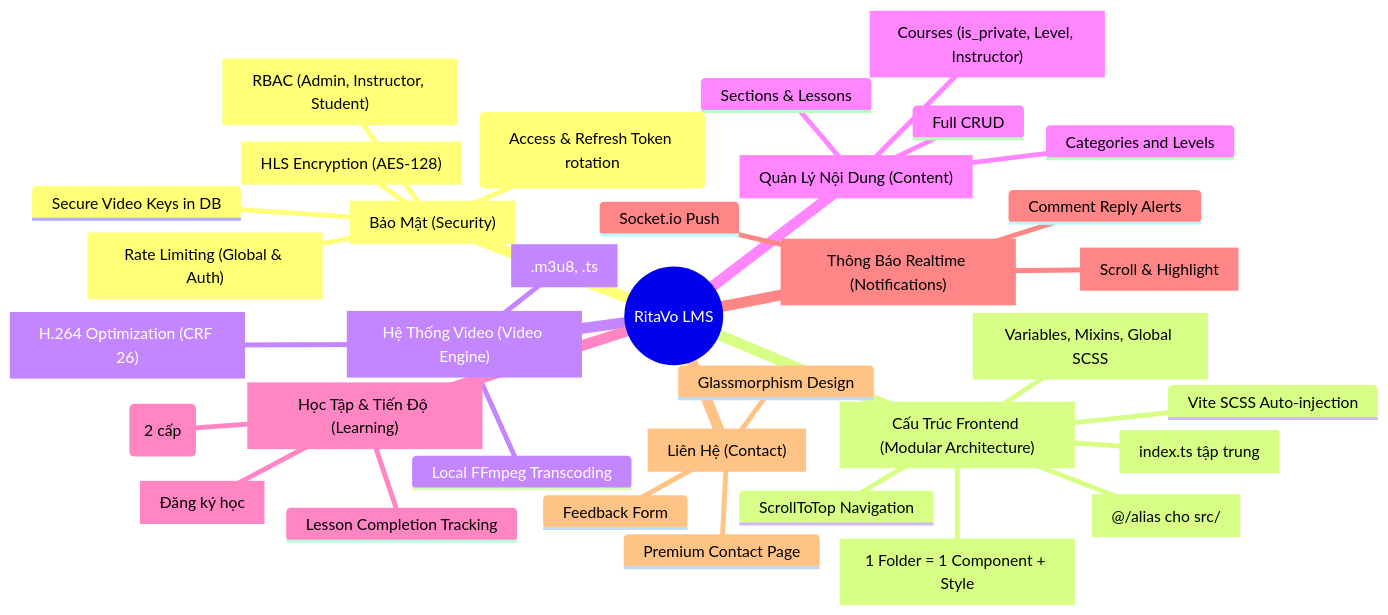
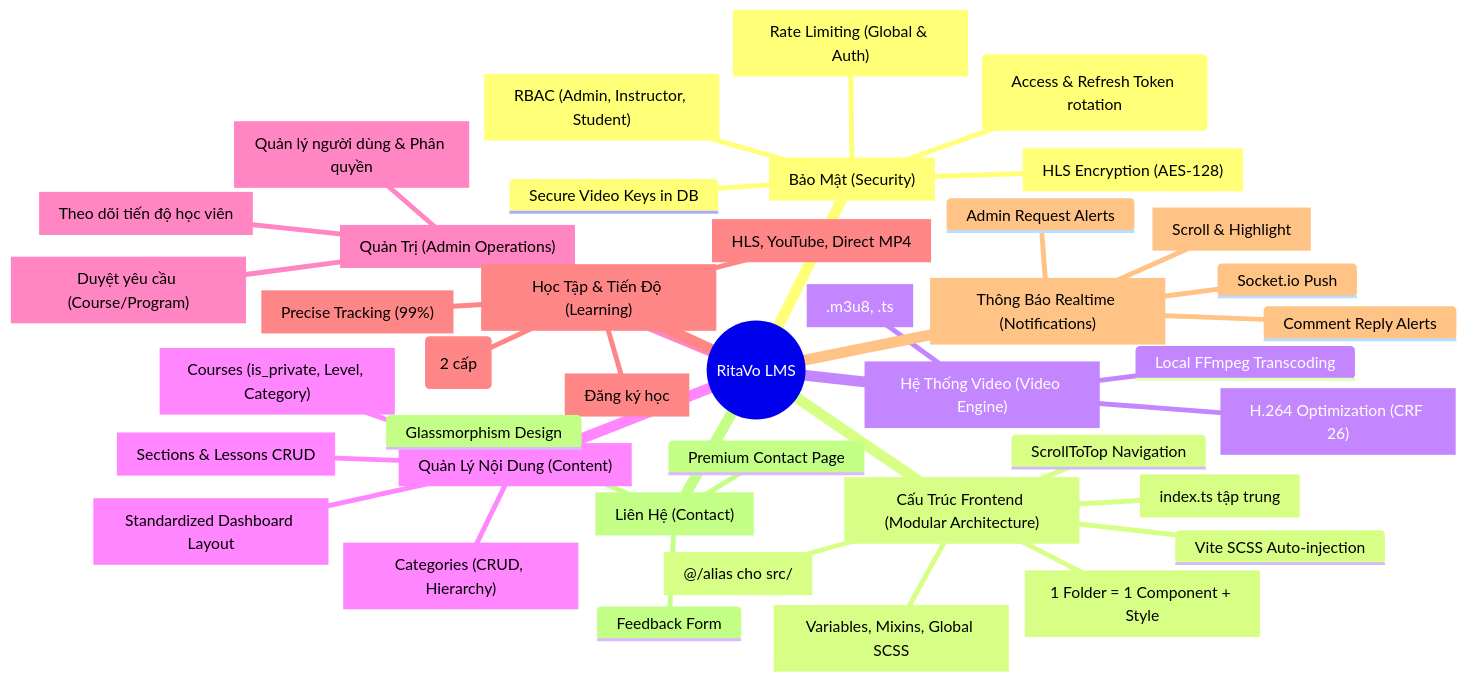
The diagram in ProjectInfo/MINDMAP.md (NguyenHongPhuc-2455/LMS), drawn with Mermaid before and after one commit. The commit also changed other lines of this file and 77 other files, not shown here.

Commit message:
feat: implement full-stack course management system including admin dashboards, lesson/quiz forms, and backend API routes

````diff
--- a/ProjectInfo/MINDMAP.md
+++ b/ProjectInfo/MINDMAP.md
@@ -7,38 +7,44 @@
 ```mermaid
 mindmap
     root((RitaVo LMS))
       Bảo Mật["Bảo Mật (Security)"]
         JWT Authentication (Access & Refresh Token rotation)
         RBAC["RBAC (Admin, Instructor, Student)"]
         HLS Encryption["HLS Encryption (AES-128)"]
         Rate Limiting["Rate Limiting (Global & Auth)"]
         Secure Video Keys in DB
       Cấu Trúc Frontend["Cấu Trúc Frontend (Modular Architecture)"]
         Folder-based Components["1 Folder = 1 Component + Style"]
         Barrel Exports["index.ts tập trung"]
         Global Style System["Variables, Mixins, Global SCSS"]
         Vite SCSS Auto-injection
         Absolute Imports["@/alias cho src/"]
         ScrollToTop Navigation
       Hệ Thống Video["Hệ Thống Video (Video Engine)"]
         Local FFmpeg Transcoding
         H.264 Optimization["H.264 Optimization (CRF 26)"]
         HLS Streaming[".m3u8, .ts"]
       Quản Lý Nội Dung["Quản Lý Nội Dung (Content)"]
-        Categories and Levels
-        Courses["Courses (is_private, Level, Instructor)"]
-        Full CRUD
-        Sections & Lessons
+        Categories["Categories (CRUD, Hierarchy)"]
+        Courses["Courses (is_private, Level, Category)"]
+        Sections & Lessons["Sections & Lessons CRUD"]
+        Standardized UI["Standardized Dashboard Layout"]
+      Quản Trị ["Quản Trị (Admin Operations)"]
+        Request Tracking["Duyệt yêu cầu (Course/Program)"]
+        Progress Monitoring["Theo dõi tiến độ học viên"]
+        User Management["Quản lý người dùng & Phân quyền"]
       Học Tập["Học Tập & Tiến Độ (Learning)"]
         Enrollment["Đăng ký học"]
-        Lesson Completion Tracking
+        Lesson Completion Tracking["Precise Tracking (99%)"]
+        Multi-Source Video["HLS, YouTube, Direct MP4"]
         Bình luận Facebook-style (2 cấp)
       Thông Báo["Thông Báo Realtime (Notifications)"]
         Socket.io Push
         Comment Reply Alerts
+        Admin Request Alerts
         Click to Navigate["Scroll & Highlight"]
       Liên Hệ["Liên Hệ (Contact)"]
         Premium Contact Page
         Glassmorphism Design
         Feedback Form
 ```
````
